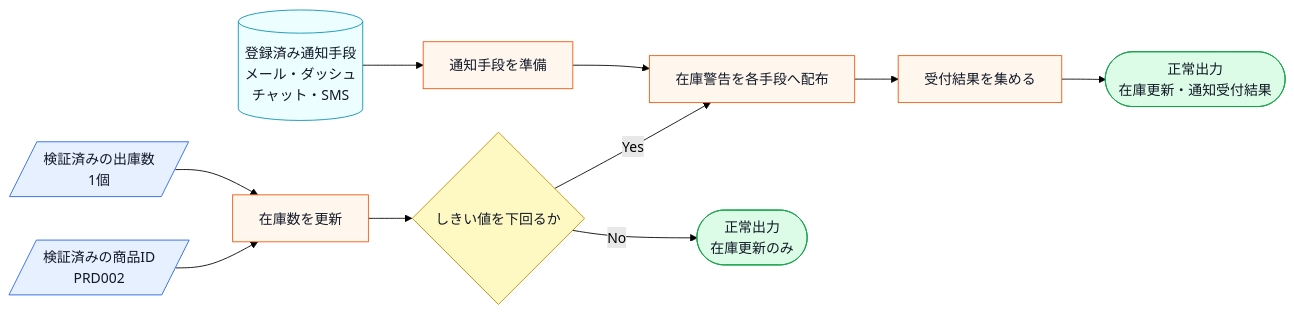
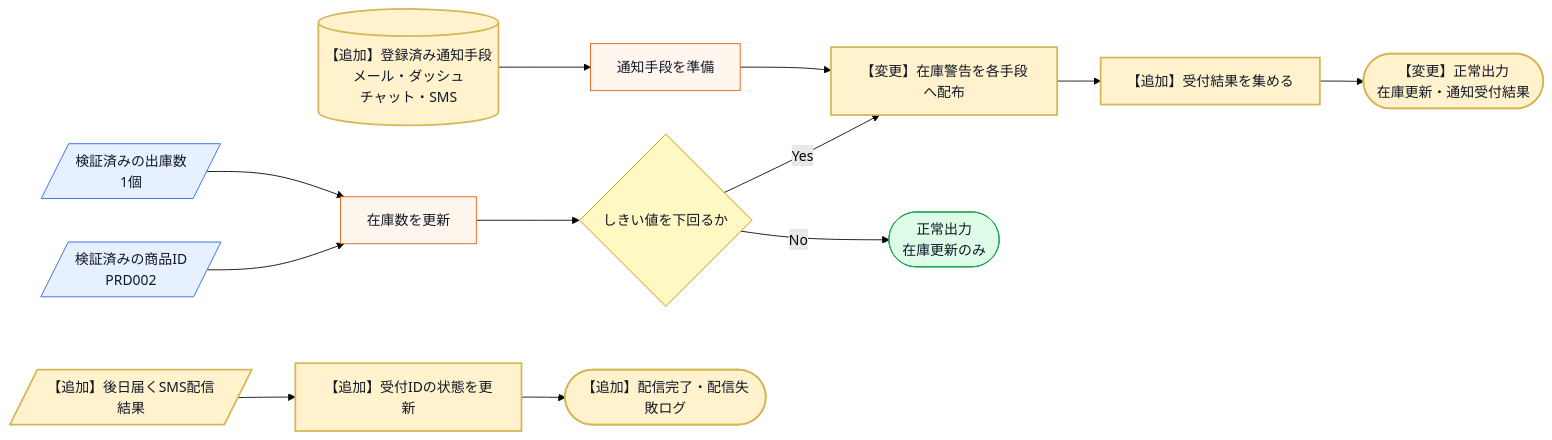
One commit to kumachan1101-pixel/DesignPattern changed the fifth of 16 diagrams in kindle/design-patterns/output/chapter07.md. Above: the diagram before and after it, drawn with Mermaid (forest theme). The commit also changed other lines of this file and 23 other files, not shown here.

````diff
--- a/kindle/design-patterns/output/chapter07.md
+++ b/kindle/design-patterns/output/chapter07.md
@@ -691,18 +727,22 @@
 ```mermaid
 flowchart LR
     A[/検証済みの商品ID<br>PRD002/]:::input --> G[在庫数を更新]:::process
     C[/検証済みの出庫数<br>1個/]:::input --> G
-    E[(登録済み通知手段<br>メール・ダッシュ<br>チャット・SMS)]:::data --> F[通知手段を準備]:::process
+    E[(【追加】登録済み通知手段<br>メール・ダッシュ<br>チャット・SMS)]:::data --> F[通知手段を準備]:::process
     G --> H{しきい値を下回るか}:::decision
-    H -->|Yes| I[在庫警告を各手段へ配布]:::process
+    H -->|Yes| I[【変更】在庫警告を各手段へ配布]:::process
     F --> I
-    I --> L[受付結果を集める]:::process
-    L --> K([正常出力<br>在庫更新・通知受付結果]):::normal
+    I --> L[【追加】受付結果を集める]:::process
+    L --> K([【変更】正常出力<br>在庫更新・通知受付結果]):::normal
     H -->|No| J([正常出力<br>在庫更新のみ]):::normal
+    S[/【追加】後日届くSMS配信結果/]:::input --> O[【追加】受付IDの状態を更新]:::process
+    O --> P([【追加】配信完了・配信失敗ログ]):::normal
 
     classDef data fill:#ecfeff,stroke:#0891b2,color:#111827;
     classDef input fill:#e7f0ff,stroke:#2563eb,color:#111827;
     classDef process fill:#fff7ed,stroke:#ea580c,color:#111827;
     classDef decision fill:#fef9c3,stroke:#ca8a04,color:#111827;
     classDef normal fill:#dcfce7,stroke:#16a34a,color:#111827;
+    classDef changed fill:#fff2cc,stroke:#d6b656,stroke-width:2px,color:#111827;
+    class E,I,L,K,S,O,P changed;
 ```
````
